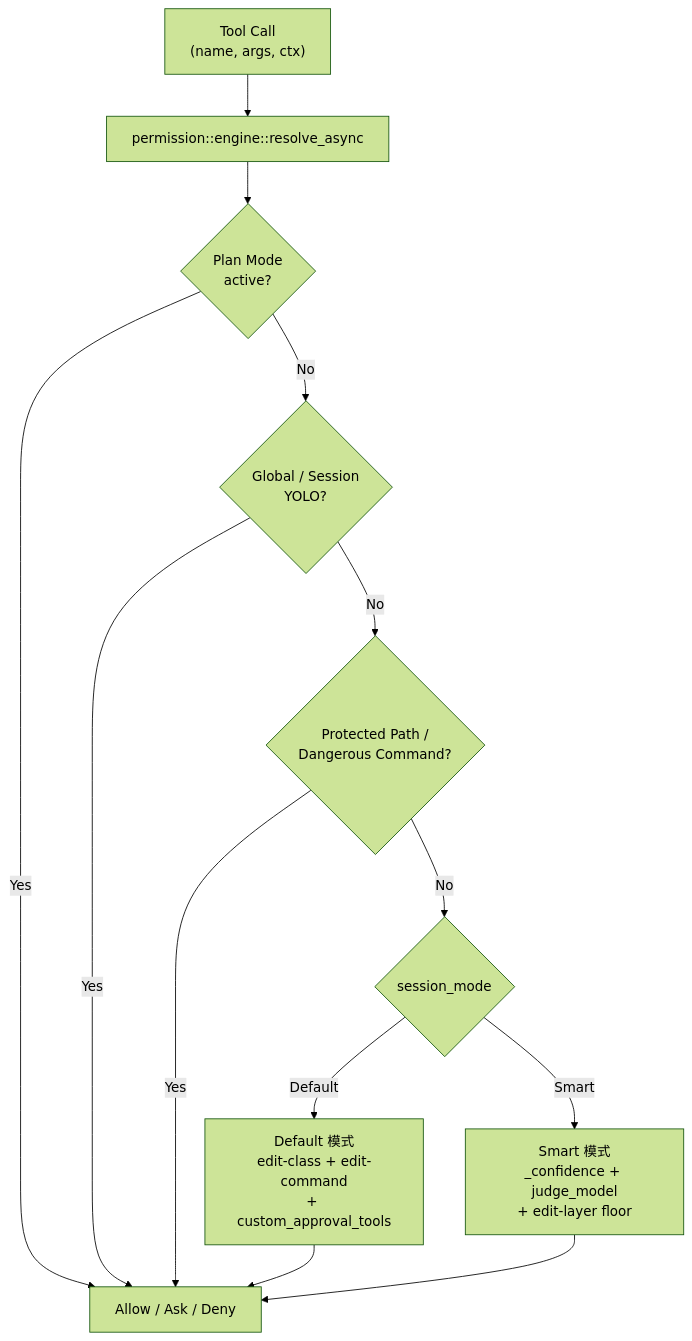
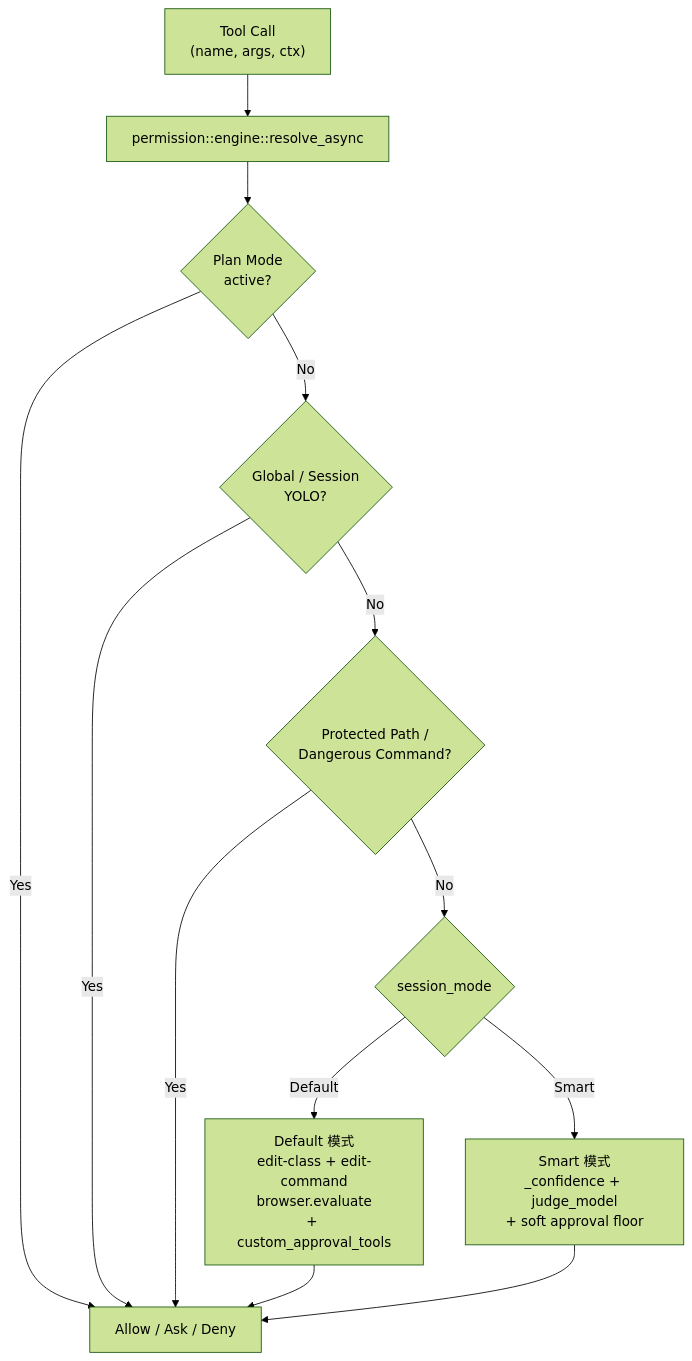
The diagram in mirrors/repos/shiwenwen@hope-agent/docs/architecture/permission-system.md (gabrielmoreira/agent-skills-mirror), drawn with Mermaid (forest theme) before and after one commit. The commit also changed other lines of this file and 5965 other files, not shown here.

````diff
--- a/mirrors/repos/shiwenwen@hope-agent/docs/architecture/permission-system.md
+++ b/mirrors/repos/shiwenwen@hope-agent/docs/architecture/permission-system.md
@@ -38,25 +38,25 @@
 ```mermaid
 graph TD
     Tool["Tool Call<br/>(name, args, ctx)"]
     Engine["permission::engine::resolve_async"]
     Plan{"Plan Mode<br/>active?"}
     Yolo{"Global / Session<br/>YOLO?"}
     Strict{"Protected Path /<br/>Dangerous Command?"}
     Mode{"session_mode"}
-    Default["Default 模式<br/>edit-class + edit-command<br/>+ custom_approval_tools"]
-    Smart["Smart 模式<br/>_confidence + judge_model<br/>+ edit-layer floor"]
+    Default["Default 模式<br/>edit-class + edit-command<br/>browser.evaluate<br/>+ custom_approval_tools"]
+    Smart["Smart 模式<br/>_confidence + judge_model<br/>+ soft approval floor"]
     Decision["Allow / Ask / Deny"]
 
     Tool --> Engine
     Engine --> Plan
     Plan -- Yes --> Decision
     Plan -- No --> Yolo
     Yolo -- Yes --> Decision
     Yolo -- No --> Strict
     Strict -- Yes --> Decision
     Strict -- No --> Mode
     Mode -- Default --> Default
     Mode -- Smart --> Smart
     Default --> Decision
     Smart --> Decision
 ```
````
